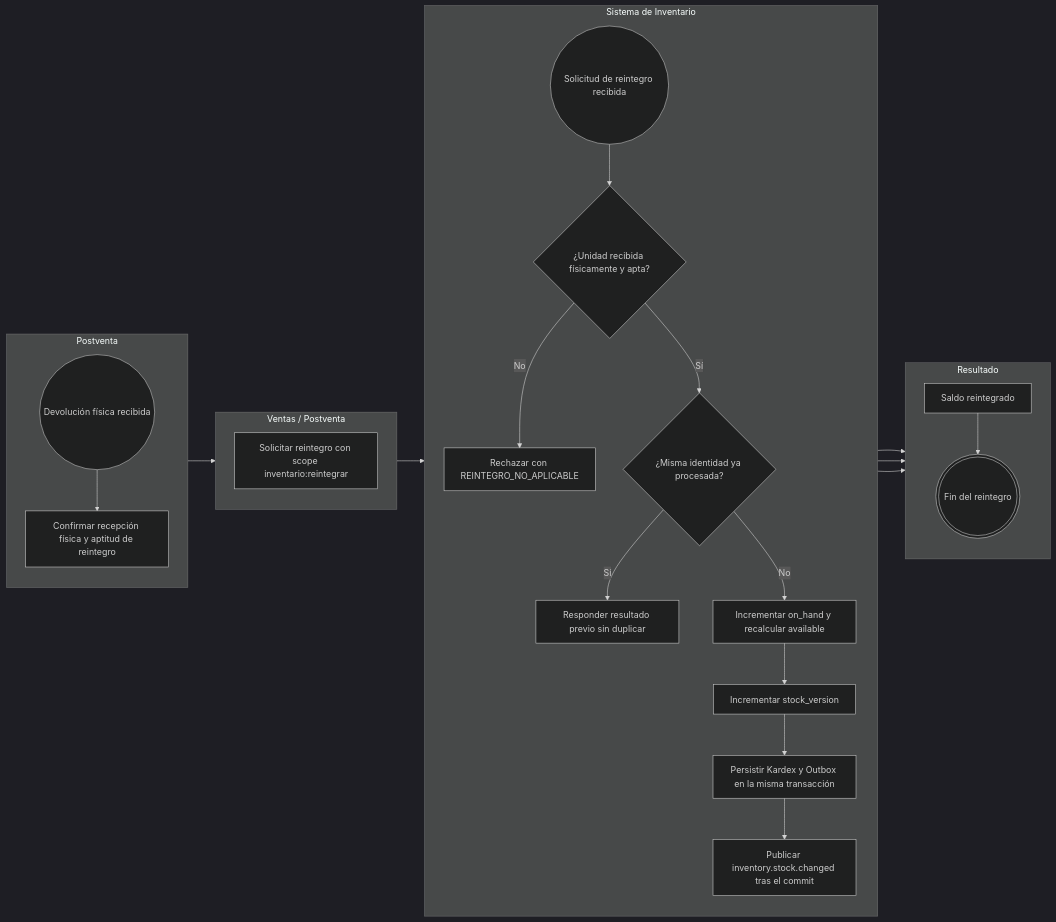
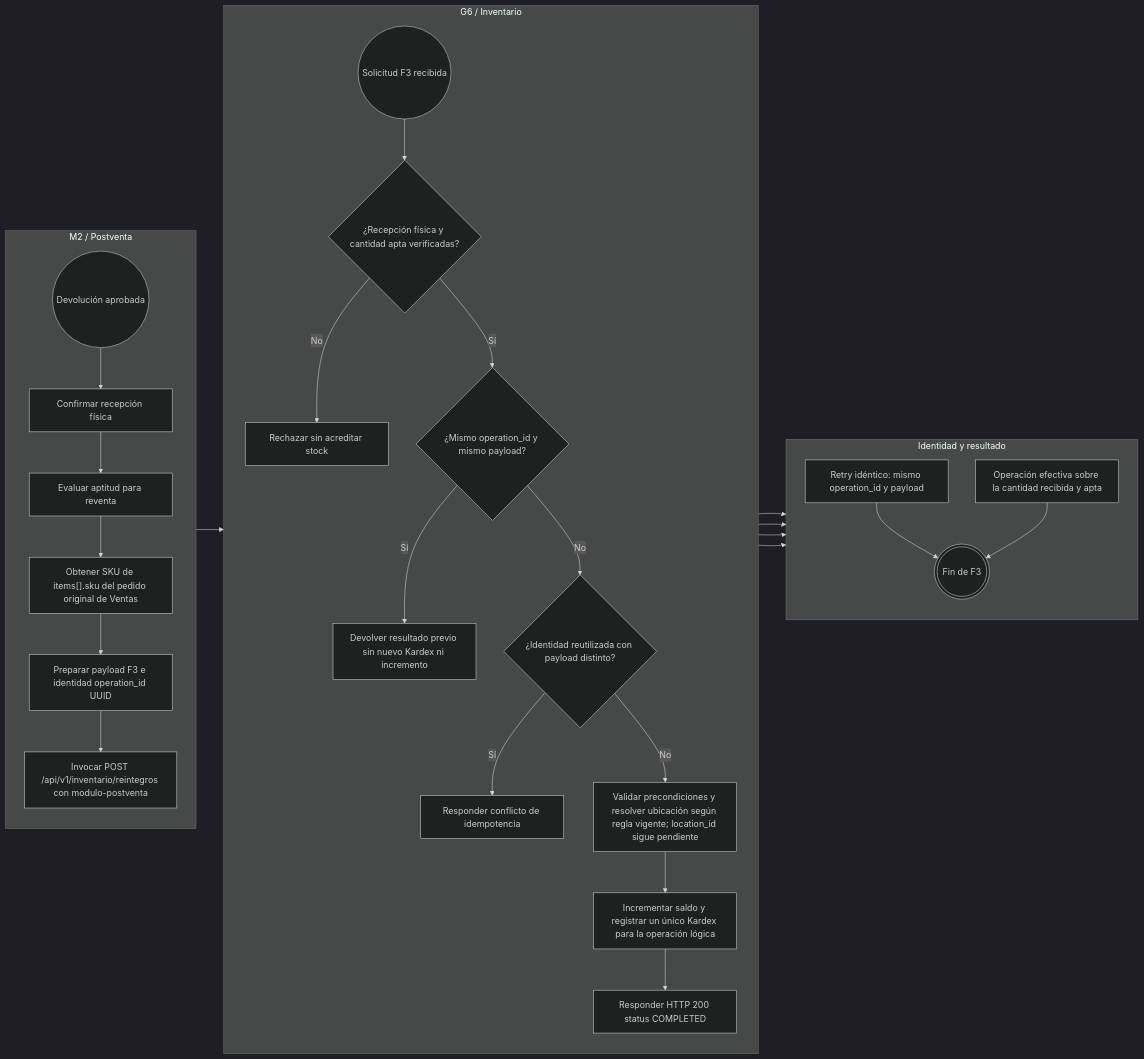
Before and after one commit to Taller-SW-Web/G6-Productos-Ofertas-docs: the seventh of 13 diagrams in requisitos/flujos/FLOW-015-control-stock-disponibilidad.md, drawn with Mermaid (dark theme). The commit also changed other lines of this file and 4 other files, not shown here.

Commit message:
docs(inventory): propagate G5 postventa agreement to requirements and contract tests

````diff
--- a/requisitos/flujos/FLOW-015-control-stock-disponibilidad.md
+++ b/requisitos/flujos/FLOW-015-control-stock-disponibilidad.md
@@ -369,48 +377,42 @@
 ```mermaid
 flowchart LR
-    subgraph PV["Postventa"]
+    subgraph PV["M2 / Postventa"]
         direction TB
-        INICIO((Devolución física recibida))
-        A1["Confirmar recepción física y aptitud de reintegro"]
+        INICIO((Devolución aprobada))
+        A1["Confirmar recepción física"]
+        A2["Evaluar aptitud para reventa"]
+        A3["Obtener SKU de items[].sku del pedido original de Ventas"]
+        A4["Preparar payload F3 e identidad operation_id UUID"]
+        A5["Invocar POST /api/v1/inventario/reintegros con modulo-postventa"]
     end
 
-    subgraph VENT["Ventas / Postventa"]
+    subgraph INV["G6 / Inventario"]
         direction TB
-        A2["Solicitar reintegro con scope inventario:reintegrar"]
+        E1(("Solicitud F3 recibida"))
+        D1{"¿Recepción física y cantidad apta verificadas?"}
+        R1["Rechazar sin acreditar stock"]
+        D2{"¿Mismo operation_id y mismo payload?"}
+        R2["Devolver resultado previo sin nuevo Kardex ni incremento"]
+        D3{"¿Identidad reutilizada con payload distinto?"}
+        R3["Responder conflicto de idempotencia"]
+        A6["Validar precondiciones y resolver ubicación según regla vigente; location_id sigue pendiente"]
+        A7["Incrementar saldo y registrar un único Kardex para la operación lógica"]
+        A8["Responder HTTP 200 status COMPLETED"]
     end
 
-    subgraph INV["Sistema de Inventario"]
+    subgraph RES["Identidad y resultado"]
         direction TB
-        E1(("Solicitud de reintegro recibida"))
-        D2{"¿Unidad recibida físicamente y apta?"}
-        A3["Rechazar con REINTEGRO_NO_APLICABLE"]
-        D1{"¿Misma identidad ya procesada?"}
-        A4["Responder resultado previo sin duplicar"]
-        A5["Incrementar on_hand y recalcular available"]
-        A6["Incrementar stock_version"]
-        A7["Persistir Kardex y Outbox en la misma transacción"]
-        A8["Publicar inventory.stock.changed tras el commit"]
+        B1["Retry idéntico: mismo operation_id y payload"]
+        B2["Operación efectiva sobre la cantidad recibida y apta"]
+        FIN(((Fin de F3)))
     end
 
-    subgraph RES["Resultado"]
-        direction TB
-        B1["Saldo reintegrado"]
-        FIN(((Fin del reintegro)))
-    end
-
-    INICIO --> A1
-    A1 --> A2
-    A2 --> E1
-    E1 --> D2
-    D2 -->|"No"| A3
-    D2 -->|"Sí"| D1
-    A3 --> FIN
-    D1 -->|"Sí"| A4
-    D1 -->|"No"| A5
-    A4 --> B1
-    A5 --> A6
-    A6 --> A7
-    A7 --> A8
-    A8 --> B1
-    B1 --> FIN
+    INICIO --> A1 --> A2 --> A3 --> A4 --> A5 --> E1
+    E1 --> D1
+    D1 -->|"No"| R1 --> FIN
+    D1 -->|"Sí"| D2
+    D2 -->|"Sí"| R2 --> B1 --> FIN
+    D2 -->|"No"| D3
+    D3 -->|"Sí"| R3 --> FIN
+    D3 -->|"No"| A6 --> A7 --> A8 --> B2 --> FIN
 ```
````
